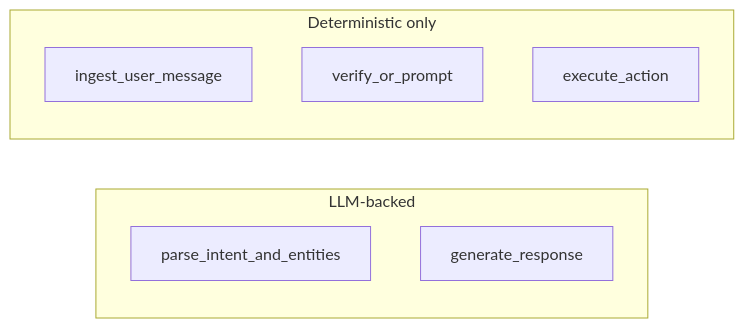
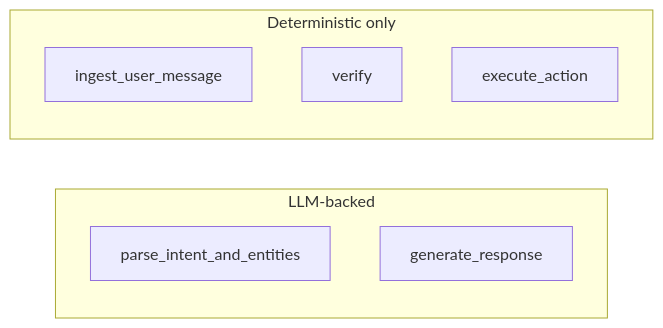
Before and after one commit to ktakanopy/appointment-bot: the diagram in docs/llm-boundary.md, drawn with Mermaid. The commit also changed other lines of this file and 28 other files, not shown here.

````diff
--- a/docs/llm-boundary.md
+++ b/docs/llm-boundary.md
@@ -70,12 +70,12 @@
 ```mermaid
 flowchart LR
   subgraph llm_nodes["LLM-backed"]
     A[parse_intent_and_entities]
     B[generate_response]
   end
   subgraph deterministic_only["Deterministic only"]
     C[ingest_user_message]
-    D[verify_or_prompt]
+    D[verify]
     E[execute_action]
   end
 ```
````
